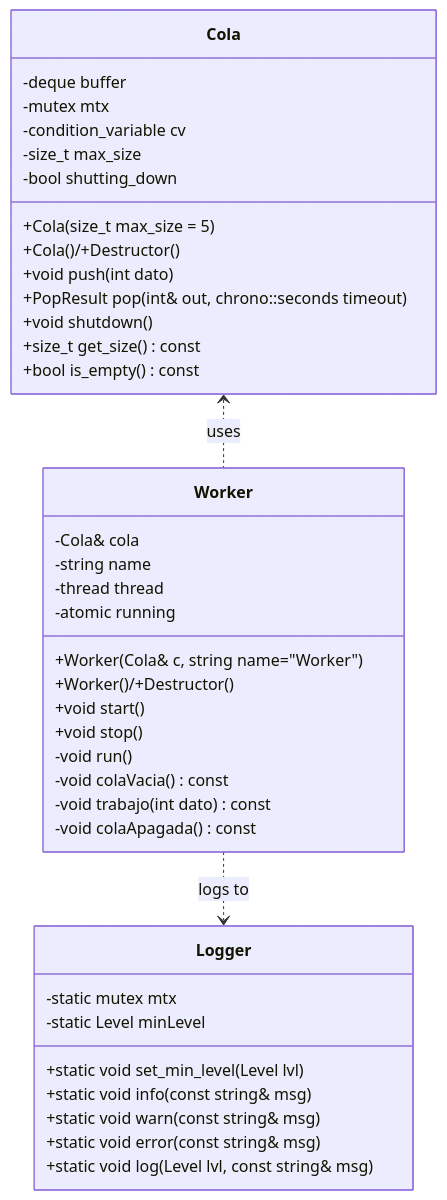
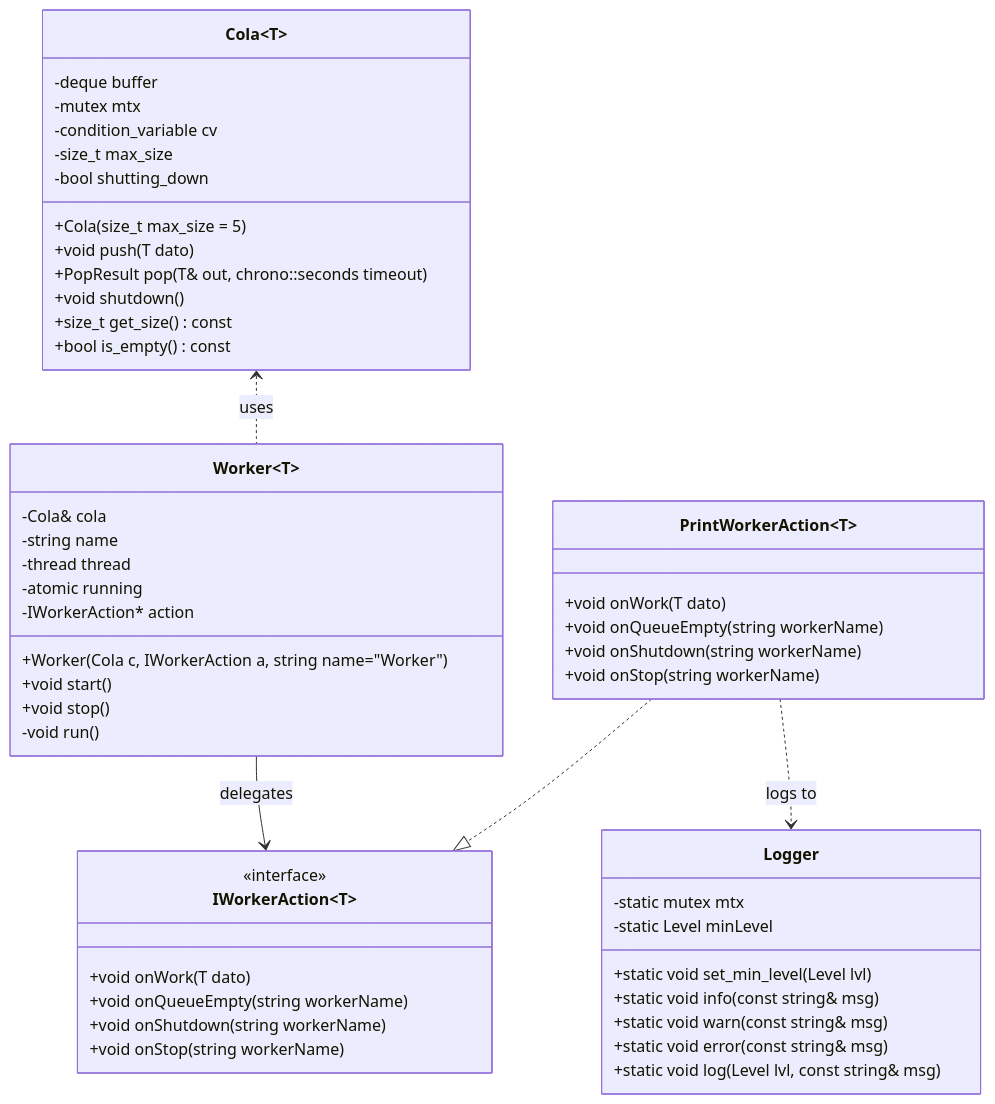
Before and after one commit to sergioguerreroblanco-oss/cola-worker-test: the second of 2 diagrams in README.md, drawn with Mermaid. The commit also changed other lines of this file and 4 other files, not shown here.

````diff
--- a/README.md
+++ b/README.md
@@ -58,46 +67,60 @@
 ```mermaid
 classDiagram
-    class Cola {
-        -deque<int> buffer
+    class Cola~T~ {
+        -deque<T> buffer
         -mutex mtx
         -condition_variable cv
         -size_t max_size
         -bool shutting_down
         +Cola(size_t max_size = 5)
-        +Cola()/+Destructor()
-        +void push(int dato)
-        +PopResult pop(int& out, chrono::seconds timeout)
+        +void push(T dato)
+        +PopResult pop(T& out, chrono::seconds timeout)
         +void shutdown()
         +size_t get_size() const
         +bool is_empty() const
     }
 
-    class Worker {
-        -Cola& cola
+    class Worker~T~ {
+        -Cola<T>& cola
         -string name
         -thread thread
         -atomic<bool> running
-        +Worker(Cola& c, string name="Worker")
-        +Worker()/+Destructor()
+        -IWorkerAction<T>* action
+        +Worker(Cola<T> c, IWorkerAction<T> a, string name="Worker")
         +void start()
         +void stop()
         -void run()
-        -void colaVacia() const
-        -void trabajo(int dato) const
-        -void colaApagada() const
+    }
+
+    class IWorkerAction~T~ {
+        <<interface>>
+        +void onWork(T dato)
+        +void onQueueEmpty(string workerName)
+        +void onShutdown(string workerName)
+        +void onStop(string workerName)
+    }
+
+    class PrintWorkerAction~T~ {
+        +void onWork(T dato)
+        +void onQueueEmpty(string workerName)
+        +void onShutdown(string workerName)
+        +void onStop(string workerName)
     }
 
     class Logger {
         -static mutex mtx
         -static Level minLevel
         +static void set_min_level(Level lvl)
         +static void info(const string& msg)
         +static void warn(const string& msg)
         +static void error(const string& msg)
         +static void log(Level lvl, const string& msg)
     }
 
     Cola <.. Worker : uses
-    Worker ..> Logger : logs to
+    Worker --> IWorkerAction : delegates
+    PrintWorkerAction ..|> IWorkerAction
+    PrintWorkerAction ..> Logger : logs to
+
 
 ```
````
